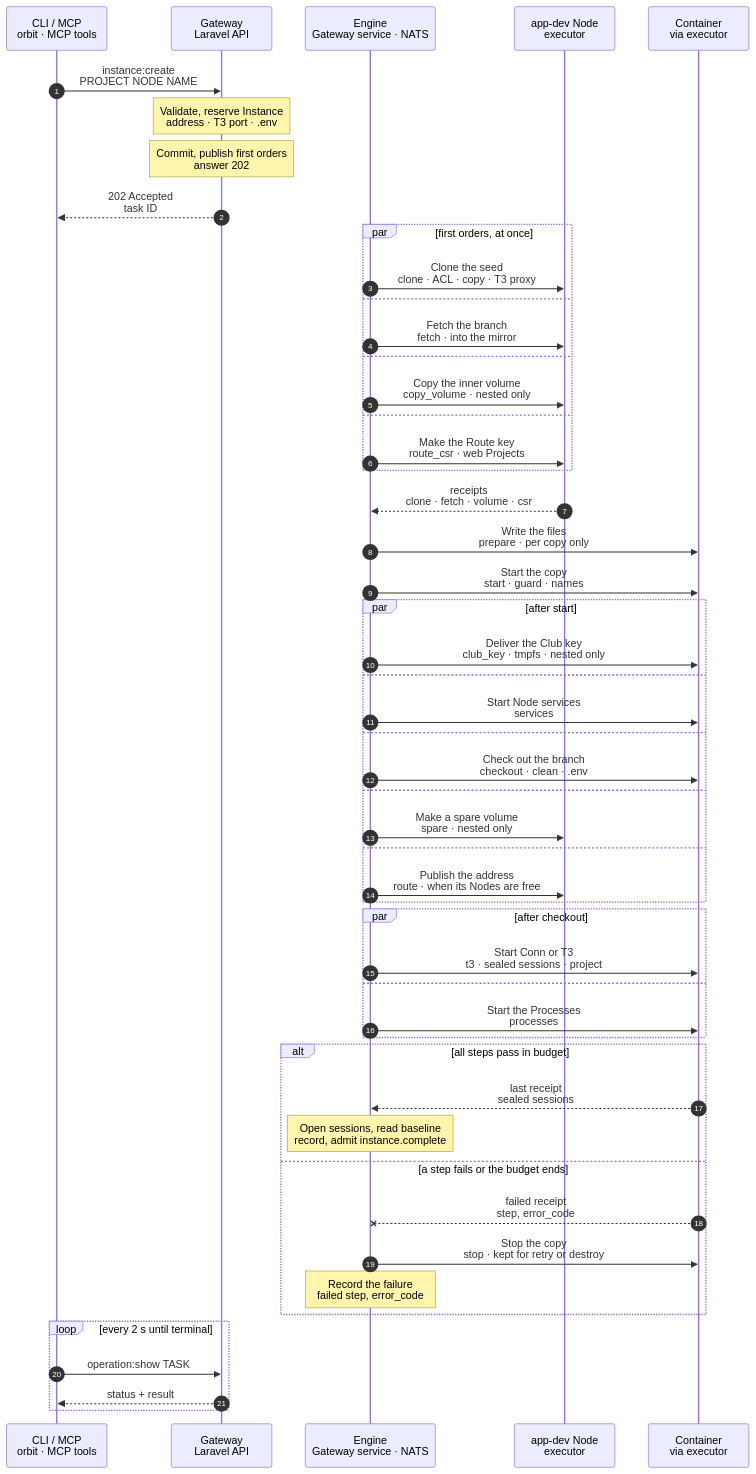
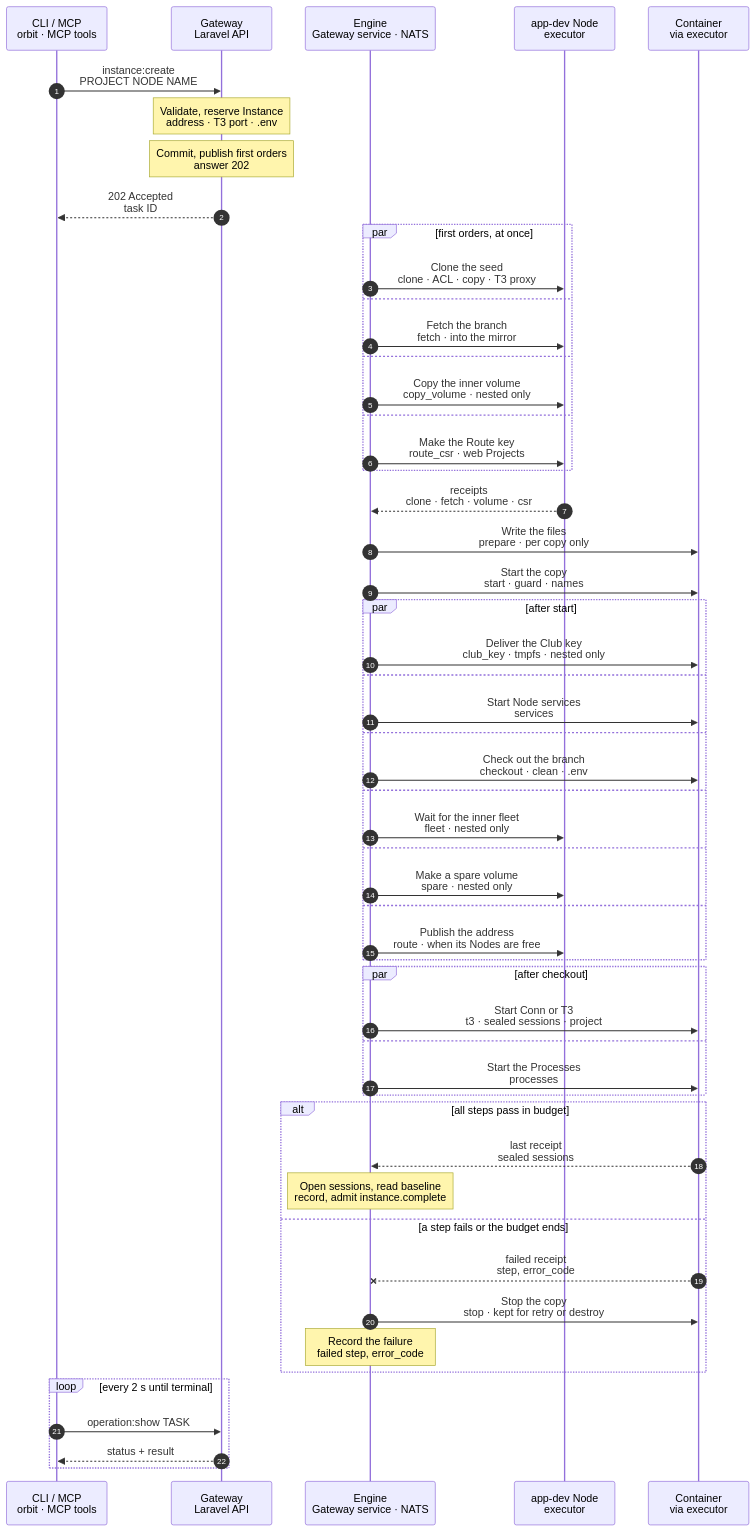
Before and after one commit to hardimpactdev/orbit: the diagram in docs/cli/instance/container/create-engine.mmd, drawn with Mermaid. The commit also changed 34 other files, not shown here.

First line of the commit message:
Wait for a nested-fleet clone's fleet on the engine, and skip clone-fleet in its completion

```diff
--- a/docs/cli/instance/container/create-engine.mmd
+++ b/docs/cli/instance/container/create-engine.mmd
@@ -1,77 +1,82 @@
 sequenceDiagram
   %% A container clone's create on the Gateway engine (ADR 0271, docs/reference/gateway-engine.md#instancecreate): the steps of container/create.mmd as the executor's `instance` family, each a small repeatable order, so a failure names its step and a retry resumes there. The first orders go at once; each later step waits only for what it reads. The default's seed already holds what every clone needs (docs/reference/development-containers.md#the-seed-manifest), so a clone writes only its own files.
   %% Today the completion still publishes the address (`route_publication: deferred`) and starts Node services and Processes; the Route steps and a seed-ready event are later work.
   %% status: draft
   %% command: instance:create
   %% kind: instance.create
   autonumber
   %% lane CLI icon=terminal pill=caller tone=gray
   %% lane GW icon=gateway pill=intent tone=blue
   %% lane EN icon=workflow pill=engine tone=purple
   %% lane N icon=server pill=executor tone=amber
   %% lane C icon=server pill=copy tone=green
   participant CLI as CLI / MCP<br/>orbit · MCP tools
   participant GW as Gateway<br/>Laravel API
   participant EN as Engine<br/>Gateway service · NATS
   participant N as app-dev Node<br/>executor
   participant C as Container<br/>via executor
   CLI->>GW: instance:create<br/>PROJECT NODE NAME
   Note over GW: Validate, reserve Instance<br/>address · T3 port · .env
   %%> Same admission as container/create.mmd, in one transaction.
-  %%> The engine runs it when every step's Node reports the step's action (agent 0.23.0); else Swamp runs it.
+  %%> The engine runs it when every step's Node reports the step's action (agent 0.23.0, 0.24.0 for a nested-fleet clone); else Swamp runs it.
   %%> Secrets go as blobs to the target Node, never to a vault.
   Note over GW: Commit, publish first orders<br/>answer 202
   GW-->>CLI: 202 Accepted<br/>task ID
   par first orders, at once
     EN->>N: Clone the seed<br/>clone · ACL · copy · T3 proxy
     %%> Each Node step locks only its own part of the Node, so these run side by side.
   and
     EN->>N: Fetch the branch<br/>fetch · into the mirror
   and
     EN->>N: Copy the inner volume<br/>copy_volume · nested only
     %%> A spare of the same seed is taken by a rename; else the volume is copied.
   and
     EN->>N: Make the Route key<br/>route_csr · web Projects
     %%> Later work: today the completion publishes the address.
   end
   N-->>EN: receipts<br/>clone · fetch · volume · csr
   EN->>C: Write the files<br/>prepare · per copy only
   %%> Needs clone. The seed's manifest names what the seed holds.
   %%> Settings are merged into the seed's own, never replaced.
   EN->>C: Start the copy<br/>start · guard · names
   %%> Needs prepare and copy_volume. A nested copy starts only when both copies hold the seed's current take.
   %%> The app-user swap runs only on an older seed.
   par after start
     EN->>C: Deliver the Club key<br/>club_key · tmpfs · nested only
     %%> club_key and checkout lock the same copy, so they run one after the other.
   and
     EN->>C: Start Node services<br/>services
     %%> Later work: today the completion applies them.
   and
     EN->>C: Check out the branch<br/>checkout · clean · .env
     %%> Needs fetch too. A task copy cleans only when the seed was not clean.
   and
+    EN->>N: Wait for the inner fleet<br/>fleet · nested only
+    %%> After club_key, on its own part of the Node: beside checkout and t3. The fleet boots with the copy.
+    %%> Inner Incus, then Doctor healthy, 3 agents online, operator known, read every 250 ms.
+  and
     EN->>N: Make a spare volume<br/>spare · nested only
     %%> In the background: the create neither waits for it nor fails by it.
   and
     EN->>N: Publish the address<br/>route · when its Nodes are free
     %%> Later work, as route_csr.
   end
   par after checkout
     EN->>C: Start Conn or T3<br/>t3 · sealed sessions · project
   and
     EN->>C: Start the Processes<br/>processes
     %%> Later work: today the completion starts them.
   end
   alt all steps pass in budget
     C-->>EN: last receipt<br/>sealed sessions
     Note over EN: Open sessions, read baseline<br/>record, admit instance.complete
+    %%> A ready fleet sets fleet_ready: the completion skips clone-fleet.
   else a step fails or the budget ends
     C--xEN: failed receipt<br/>step, error_code
     EN->>C: Stop the copy<br/>stop · kept for retry or destroy
     Note over EN: Record the failure<br/>failed step, error_code
   end
   loop every 2 s until terminal
     CLI->>GW: operation:show TASK
     GW-->>CLI: status + result
   end
```
